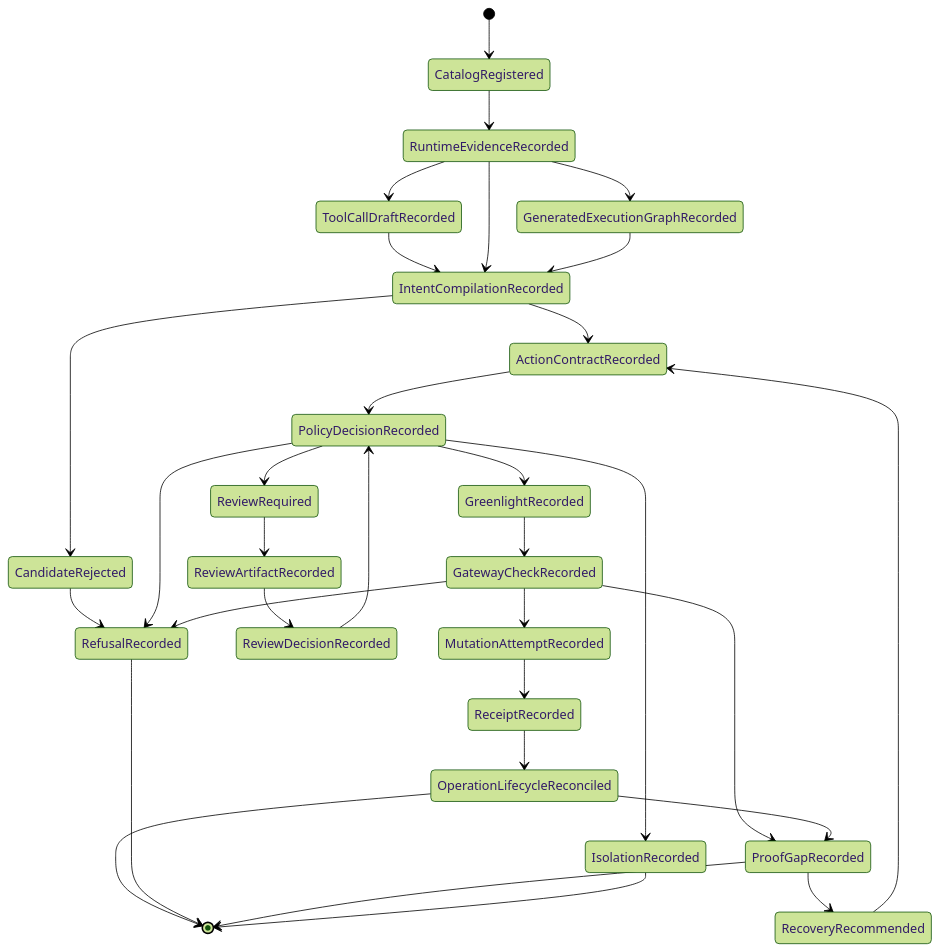
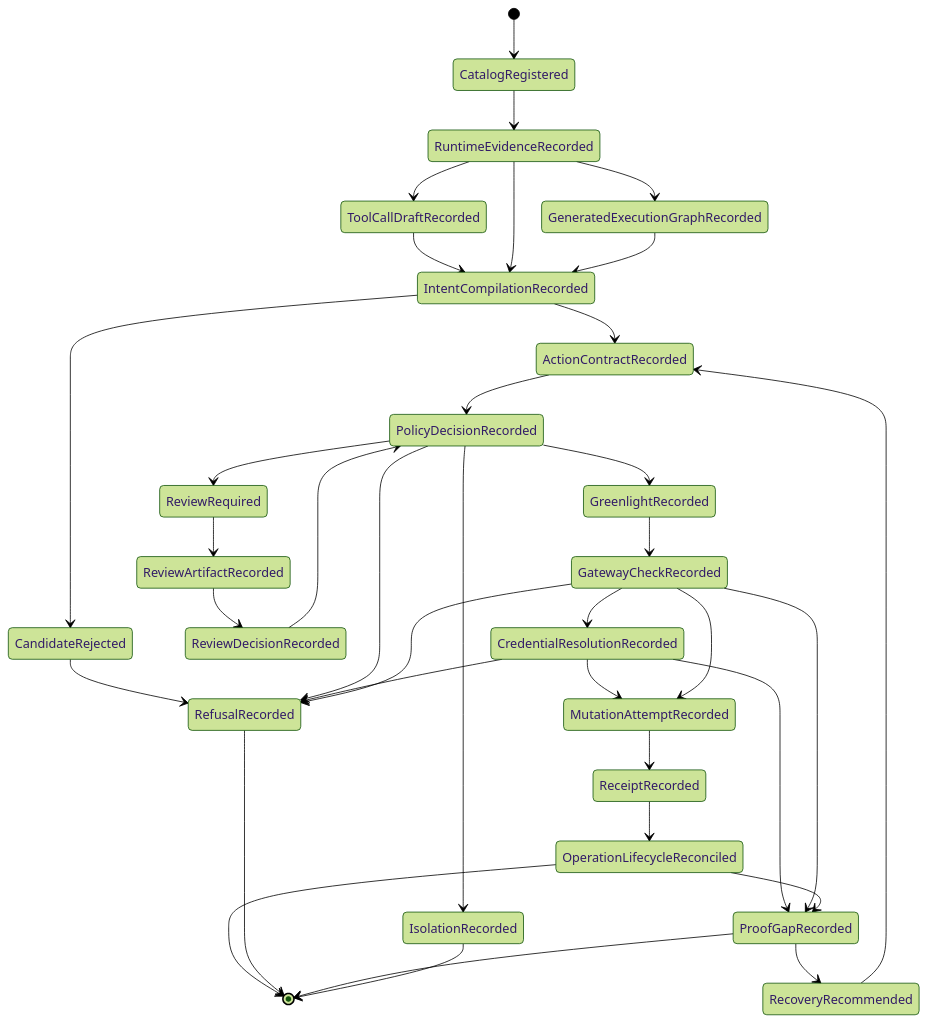
The second of 2 diagrams in docs/internal/protocol-kernel-architecture.md (CreasyBear/handshake-protocol-source), drawn with Mermaid (forest theme) before and after one commit. The commit also changed other lines of this file and 8 other files, not shown here.

````diff
--- a/docs/internal/protocol-kernel-architecture.md
+++ b/docs/internal/protocol-kernel-architecture.md
@@ -287,34 +320,38 @@
 ```mermaid
 stateDiagram-v2
   [*] --> CatalogRegistered
   CatalogRegistered --> RuntimeEvidenceRecorded
   RuntimeEvidenceRecorded --> GeneratedExecutionGraphRecorded
   RuntimeEvidenceRecorded --> ToolCallDraftRecorded
   ToolCallDraftRecorded --> IntentCompilationRecorded
   RuntimeEvidenceRecorded --> IntentCompilationRecorded
   GeneratedExecutionGraphRecorded --> IntentCompilationRecorded
   IntentCompilationRecorded --> CandidateRejected
   IntentCompilationRecorded --> ActionContractRecorded
   CandidateRejected --> RefusalRecorded
   ActionContractRecorded --> PolicyDecisionRecorded
   PolicyDecisionRecorded --> GreenlightRecorded
   PolicyDecisionRecorded --> ReviewRequired
   PolicyDecisionRecorded --> RefusalRecorded
   PolicyDecisionRecorded --> IsolationRecorded
   ReviewRequired --> ReviewArtifactRecorded
   ReviewArtifactRecorded --> ReviewDecisionRecorded
   ReviewDecisionRecorded --> PolicyDecisionRecorded
   GreenlightRecorded --> GatewayCheckRecorded
+  GatewayCheckRecorded --> CredentialResolutionRecorded
+  CredentialResolutionRecorded --> MutationAttemptRecorded
+  CredentialResolutionRecorded --> RefusalRecorded
+  CredentialResolutionRecorded --> ProofGapRecorded
   GatewayCheckRecorded --> MutationAttemptRecorded
   GatewayCheckRecorded --> RefusalRecorded
   GatewayCheckRecorded --> ProofGapRecorded
   MutationAttemptRecorded --> ReceiptRecorded
   ReceiptRecorded --> OperationLifecycleReconciled
   OperationLifecycleReconciled --> ProofGapRecorded
   OperationLifecycleReconciled --> [*]
   RefusalRecorded --> [*]
   ProofGapRecorded --> RecoveryRecommended
   RecoveryRecommended --> ActionContractRecorded
   ProofGapRecorded --> [*]
   IsolationRecorded --> [*]
 ```
````
